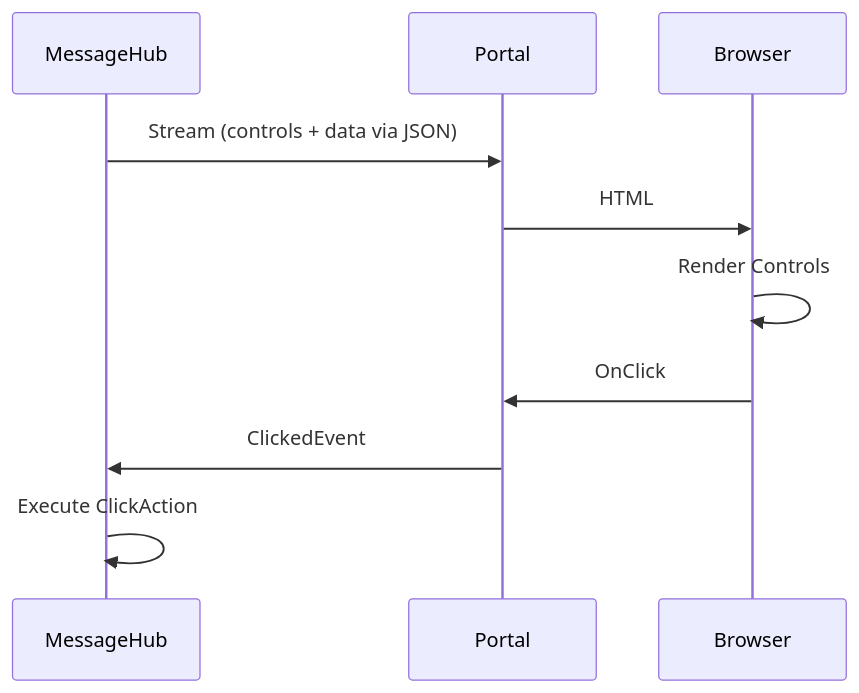
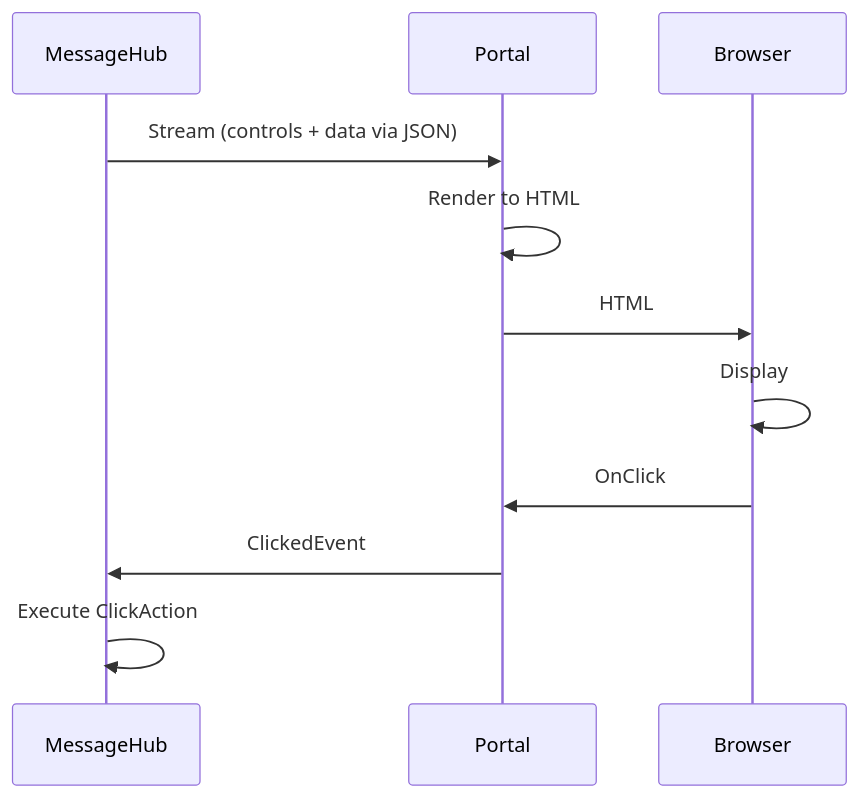
The second of 2 diagrams in samples/Graph/Data/MeshWeaver/Documentation/Architecture/UserInterface.md (Systemorph/MeshWeaver), drawn with Mermaid before and after one commit. The commit also changed other lines of this file and 1 other file, not shown here.

````diff
--- a/samples/Graph/Data/MeshWeaver/Documentation/Architecture/UserInterface.md
+++ b/samples/Graph/Data/MeshWeaver/Documentation/Architecture/UserInterface.md
@@ -68,12 +68,13 @@
 ```mermaid
 sequenceDiagram
     participant Hub as MessageHub
     participant Portal
     participant Browser
     Hub->>Portal: Stream (controls + data via JSON)
+    Portal->>Portal: Render to HTML
     Portal->>Browser: HTML
-    Browser->>Browser: Render Controls
+    Browser->>Browser: Display
     Browser->>Portal: OnClick
     Portal->>Hub: ClickedEvent
     Hub->>Hub: Execute ClickAction
 ```
````
